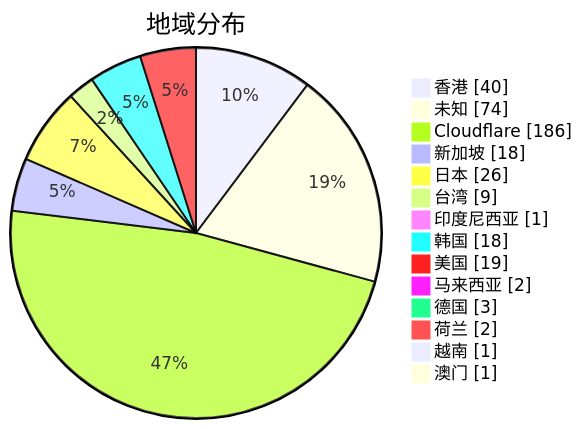
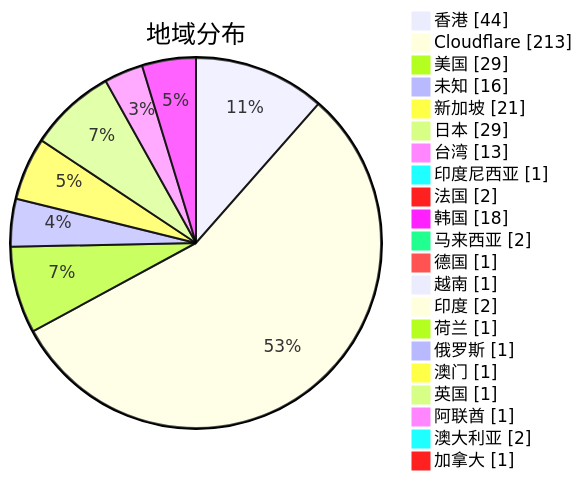
One commit to qjlxg/airport changed the second of 3 diagrams in subs/statistics/tested_within.md. Above: the diagram before and after it, drawn with Mermaid. The commit also changed other lines of this file and 2 other files, not shown here.

Commit message:
Tested by metaST

````diff
--- a/subs/statistics/tested_within.md
+++ b/subs/statistics/tested_within.md
@@ -13,18 +13,25 @@
 ```mermaid
 pie showData
 title 地域分布
-"香港" : 40
-"未知" : 74
-"Cloudflare" : 186
-"新加坡" : 18
-"日本" : 26
-"台湾" : 9
+"香港" : 44
+"Cloudflare" : 213
+"美国" : 29
+"未知" : 16
+"新加坡" : 21
+"日本" : 29
+"台湾" : 13
 "印度尼西亚" : 1
+"法国" : 2
 "韩国" : 18
-"美国" : 19
 "马来西亚" : 2
-"德国" : 3
-"荷兰" : 2
+"德国" : 1
 "越南" : 1
+"印度" : 2
+"荷兰" : 1
+"俄罗斯" : 1
 "澳门" : 1
+"英国" : 1
+"阿联酋" : 1
+"澳大利亚" : 2
+"加拿大" : 1
 ```
````
